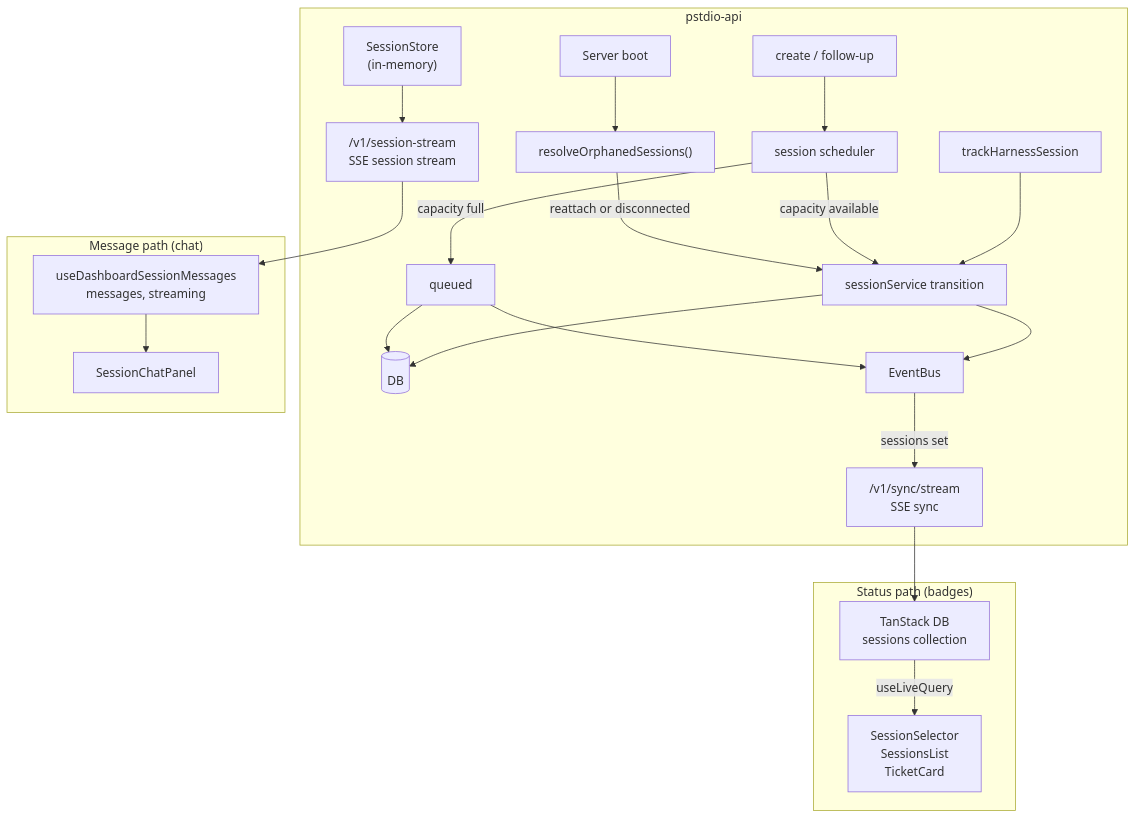
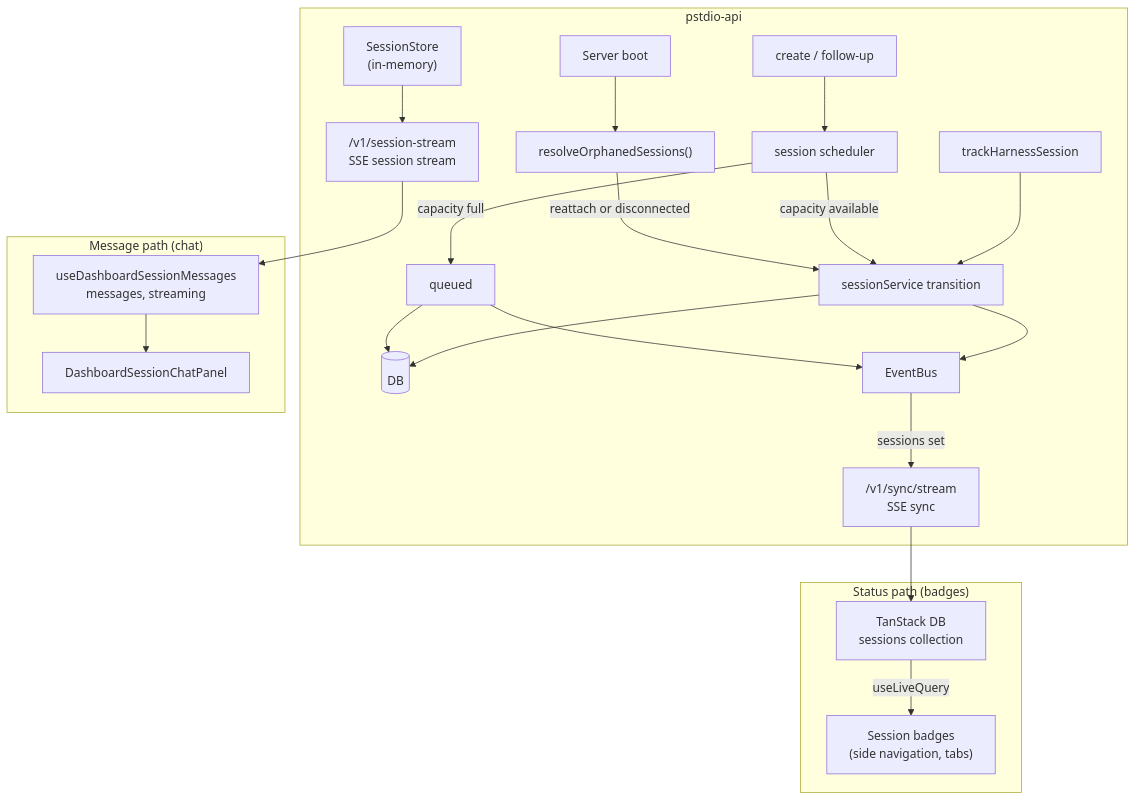
The diagram in documentation/references/architecture/0019-session-status-lifecycle.md (pufflyai/prompt-studio), drawn with Mermaid before and after one commit. The commit also changed other lines of this file and 32 other files, not shown here.

````diff
--- a/documentation/references/architecture/0019-session-status-lifecycle.md
+++ b/documentation/references/architecture/0019-session-status-lifecycle.md
@@ -7,28 +7,28 @@
 ```mermaid
 graph TD
     subgraph "pstdio-api"
         BOOT["Server boot"] --> SWEEP["resolveOrphanedSessions()"]
         SWEEP -- "reattach or disconnected" --> UPDATE
         CREATE["create / follow-up"] --> SCHEDULER["session scheduler"]
         SCHEDULER -- "capacity full" --> QUEUED["queued"]
         SCHEDULER -- "capacity available" --> UPDATE["sessionService transition"]
         QUEUED --> DB
         QUEUED --> BUS
         EXIT["trackHarnessSession"] --> UPDATE
         UPDATE --> DB[(DB)]
         UPDATE --> BUS["EventBus"]
         BUS -- "sessions set" --> SSE_SYNC
         STORE["SessionStore\n(in-memory)"] --> STREAM_SSE
     end
 
     subgraph "Status path (badges)"
         SSE_SYNC["/v1/sync/stream\nSSE sync"] --> TANSTACK["TanStack DB\nsessions collection"]
-        TANSTACK -- "useLiveQuery" --> BADGES["SessionSelector\nSessionsList\nTicketCard"]
+        TANSTACK -- "useLiveQuery" --> BADGES["Session badges\n(side navigation, tabs)"]
     end
 
     subgraph "Message path (chat)"
         STREAM_SSE["/v1/session-stream\nSSE session stream"] --> HOOK["useDashboardSessionMessages\nmessages, streaming"]
-        HOOK --> CHAT["SessionChatPanel"]
+        HOOK --> CHAT["DashboardSessionChatPanel"]
     end
 
 ```
````
